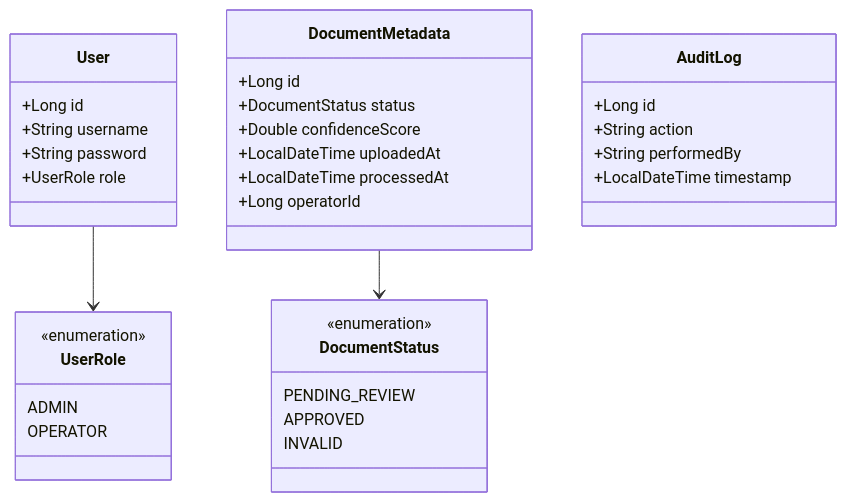
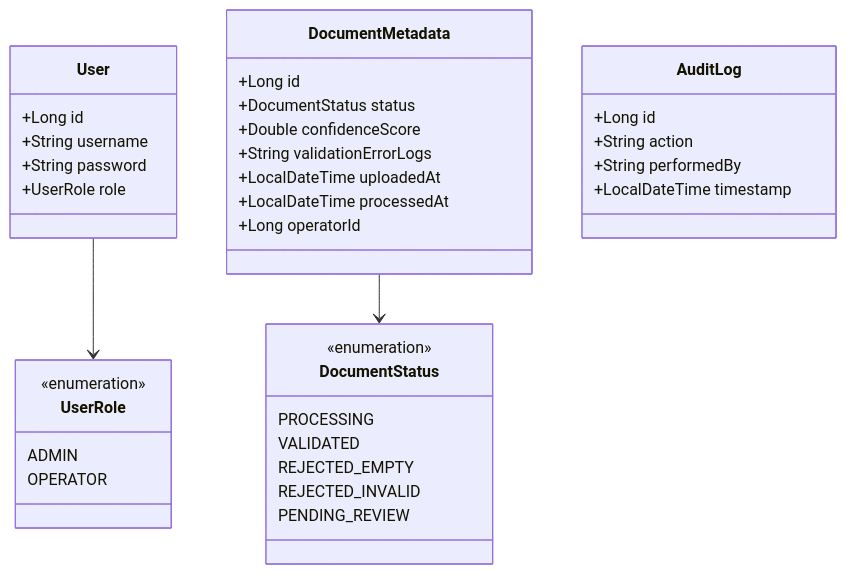
One commit to pelinevleksiz/validdoc changed the second of 3 diagrams in SDD.md. Above: the diagram before and after it, drawn with Mermaid. The commit also changed other lines of this file, not shown here.

````diff
--- a/SDD.md
+++ b/SDD.md
@@ -46,36 +51,39 @@
 ```mermaid
 classDiagram
     class User {
         +Long id
         +String username
         +String password
         +UserRole role
     }
     class DocumentMetadata {
         +Long id
         +DocumentStatus status
         +Double confidenceScore
+        +String validationErrorLogs
         +LocalDateTime uploadedAt
         +LocalDateTime processedAt
         +Long operatorId
     }
     class AuditLog {
         +Long id
         +String action
         +String performedBy
         +LocalDateTime timestamp
     }
     class UserRole {
         <<enumeration>>
         ADMIN
         OPERATOR
     }
     class DocumentStatus {
         <<enumeration>>
+        PROCESSING
+        VALIDATED
+        REJECTED_EMPTY
+        REJECTED_INVALID
         PENDING_REVIEW
-        APPROVED
-        INVALID
     }
     User --> UserRole
     DocumentMetadata --> DocumentStatus
 ```
````
